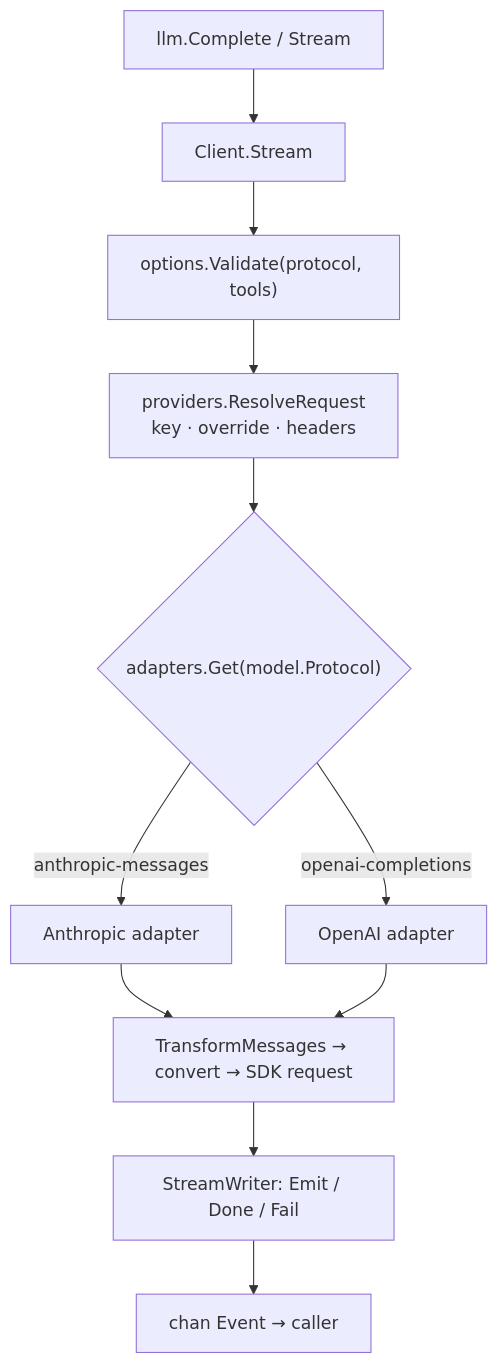
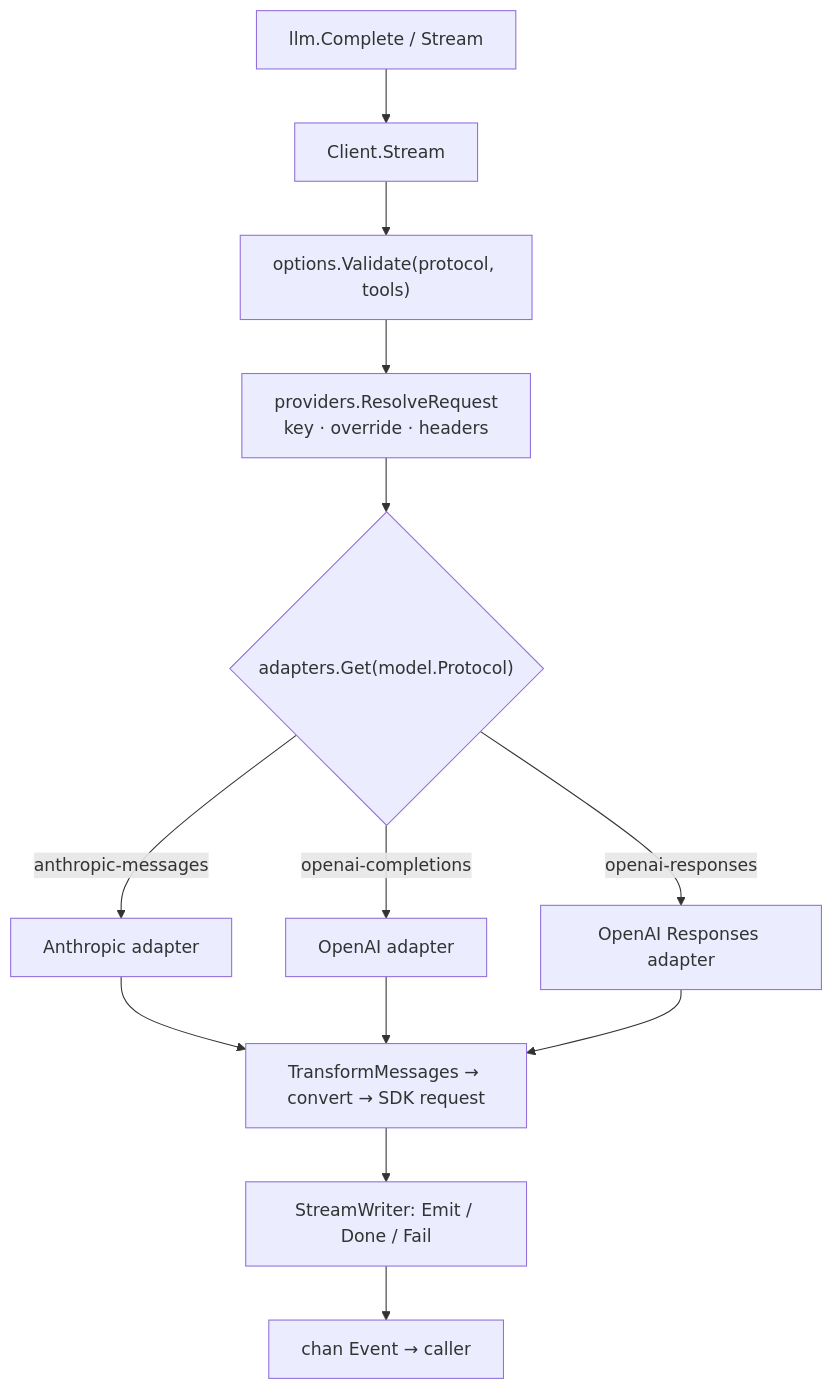
The second of 2 diagrams in docs/internals/overview.md (ktsoator/or), drawn with Mermaid before and after one commit. The commit also changed other lines of this file and 77 other files, not shown here.

First line of the commit message:
feat(llm): add OpenAI Responses adapter (#133)

````diff
--- a/docs/internals/overview.md
+++ b/docs/internals/overview.md
@@ -74,13 +77,15 @@
 ```mermaid
 flowchart TD
     A["llm.Complete / Stream"] --> B["Client.Stream"]
     B --> V["options.Validate(protocol, tools)"]
     V --> RR["providers.ResolveRequest<br/>key · override · headers"]
     RR --> C{"adapters.Get(model.Protocol)"}
     C -->|anthropic-messages| D["Anthropic adapter"]
     C -->|openai-completions| E["OpenAI adapter"]
+    C -->|openai-responses| F["OpenAI Responses adapter"]
     D --> T["TransformMessages → convert → SDK request"]
     E --> T
+    F --> T
     T --> G["StreamWriter: Emit / Done / Fail"]
     G --> H["chan Event → caller"]
 ```
````
